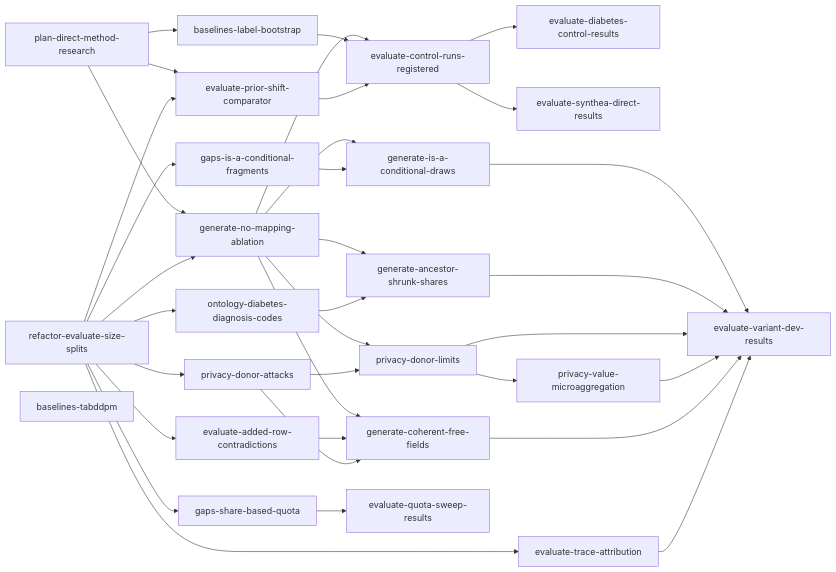
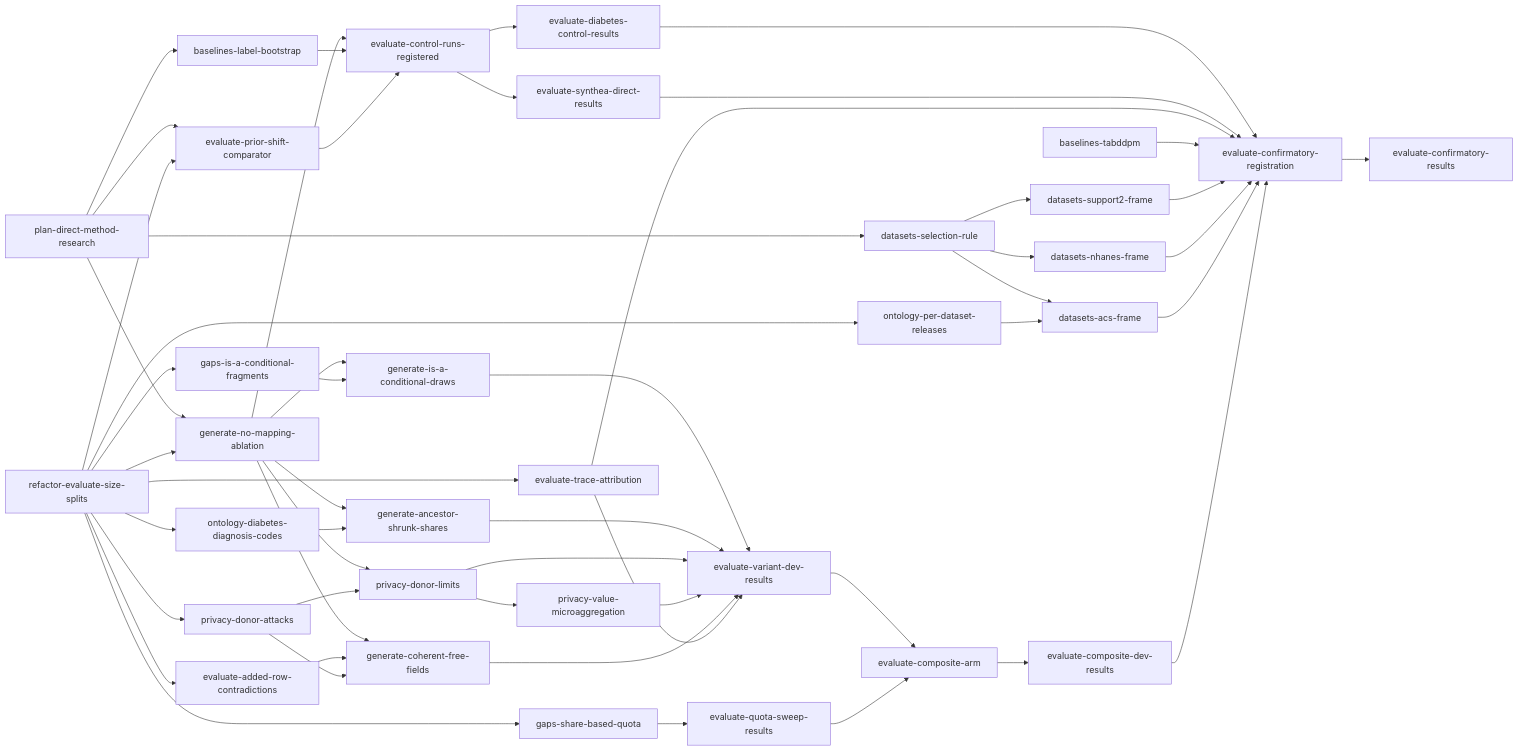
The diagram in tasks/direct-index.md (joe-dartmouth/synthetic), drawn with Mermaid before and after one commit. The commit also changed other lines of this file and 20 other files, not shown here.

````diff
--- a/tasks/direct-index.md
+++ b/tasks/direct-index.md
@@ -48,37 +67,54 @@
 ```mermaid
 flowchart LR
     u1[plan-direct-method-research] --> u3[generate-no-mapping-ablation]
     u2[refactor-evaluate-size-splits] --> u3
     u1 --> u4[baselines-label-bootstrap]
     u1 --> u5[evaluate-prior-shift-comparator]
     u2 --> u5
     u3 --> u6[evaluate-control-runs-registered]
     u4 --> u6
     u5 --> u6
     u6 --> u7[evaluate-diabetes-control-results]
     u6 --> u8[evaluate-synthea-direct-results]
     u2 --> u9[evaluate-added-row-contradictions]
     u2 --> u10[gaps-is-a-conditional-fragments]
     u3 --> u11[generate-is-a-conditional-draws]
     u10 --> u11
     u2 --> u12[ontology-diabetes-diagnosis-codes]
     u3 --> u13[generate-ancestor-shrunk-shares]
     u12 --> u13
     u2 --> u14[privacy-donor-attacks]
     u3 --> u15[privacy-donor-limits]
     u14 --> u15
     u15 --> u16[privacy-value-microaggregation]
     u3 --> u17[generate-coherent-free-fields]
     u9 --> u17
     u14 --> u17
     u2 --> u18[evaluate-trace-attribution]
     u11 --> u19[evaluate-variant-dev-results]
     u13 --> u19
     u15 --> u19
     u16 --> u19
     u17 --> u19
     u18 --> u19
     u2 --> u20[gaps-share-based-quota]
     u20 --> u21[evaluate-quota-sweep-results]
-    u22[baselines-tabddpm]
+    u1 --> u23[datasets-selection-rule]
+    u2 --> u24[ontology-per-dataset-releases]
+    u23 --> u25[datasets-support2-frame]
+    u23 --> u26[datasets-nhanes-frame]
+    u23 --> u27[datasets-acs-frame]
+    u24 --> u27
+    u19 --> u28[evaluate-composite-arm]
+    u21 --> u28
+    u28 --> u29[evaluate-composite-dev-results]
+    u7 --> u30[evaluate-confirmatory-registration]
+    u8 --> u30
+    u18 --> u30
+    u22[baselines-tabddpm] --> u30
+    u25 --> u30
+    u26 --> u30
+    u27 --> u30
+    u29 --> u30
+    u30 --> u31[evaluate-confirmatory-results]
 ```
````
